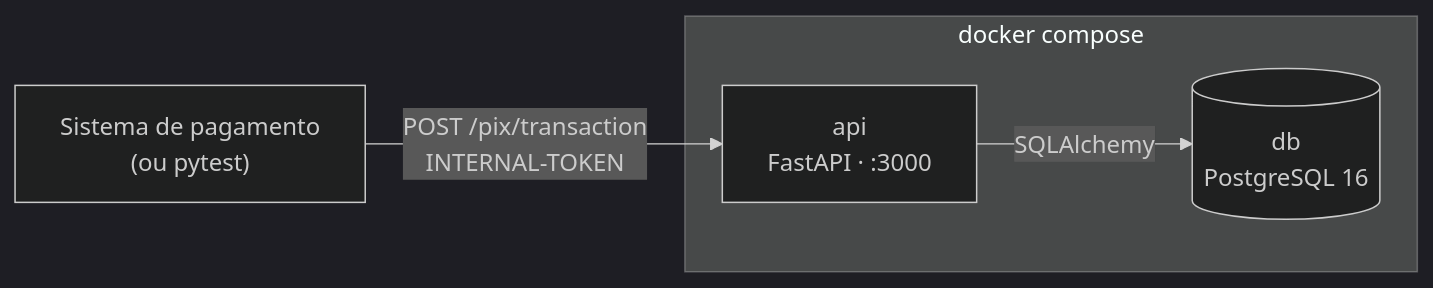
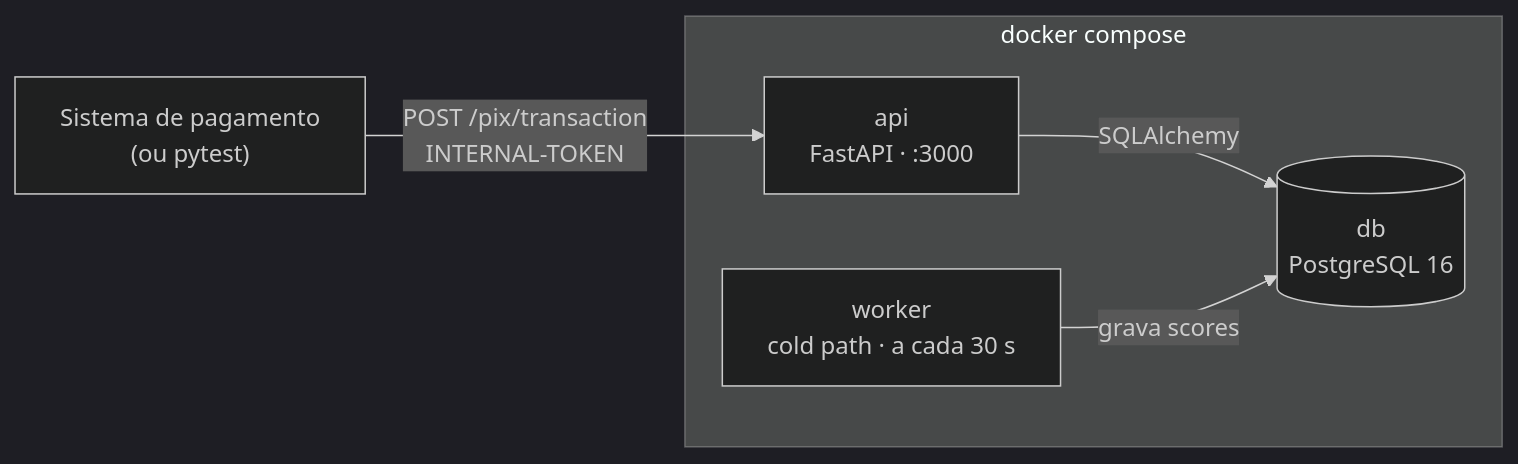
One commit to phprestes/Hackathon-Anti-Fraud-Pix changed the first of 2 diagrams in docs/02-arquitetura/visao-geral.md. Above: the diagram before and after it, drawn with Mermaid (dark theme). The commit also changed other lines of this file and 37 other files, not shown here.

````diff
--- a/docs/02-arquitetura/visao-geral.md
+++ b/docs/02-arquitetura/visao-geral.md
@@ -20,7 +20,8 @@
 ```mermaid
 flowchart LR
     caller["Sistema de pagamento<br/>(ou pytest)"] -- "POST /pix/transaction<br/>INTERNAL-TOKEN" --> api
     subgraph compose["docker compose"]
         api["api<br/>FastAPI · :3000"] -- "SQLAlchemy" --> db[("db<br/>PostgreSQL 16")]
+        worker["worker<br/>cold path · a cada 30 s"] -- "grava scores" --> db
     end
 ```
````
